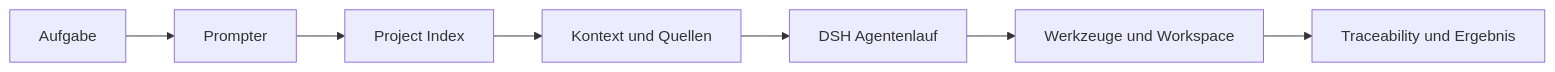
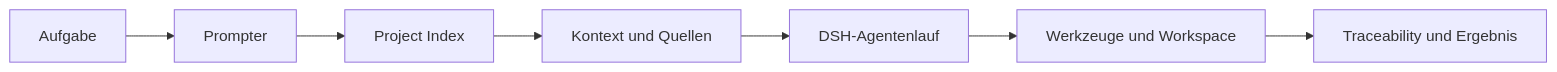
One commit to vannon091118/shinon-forge changed the diagram in README.md. Above: the diagram before and after it, drawn with Mermaid. The commit also changed other lines of this file and 3 other files, not shown here.

````diff
--- a/README.md
+++ b/README.md
@@ -42,9 +31,9 @@
 ```mermaid
 flowchart LR
   A[Aufgabe] --> B[Prompter]
   B --> C[Project Index]
   C --> D[Kontext und Quellen]
-  D --> E[DSH Agentenlauf]
+  D --> E[DSH-Agentenlauf]
   E --> F[Werkzeuge und Workspace]
   F --> G[Traceability und Ergebnis]
 ```
````
